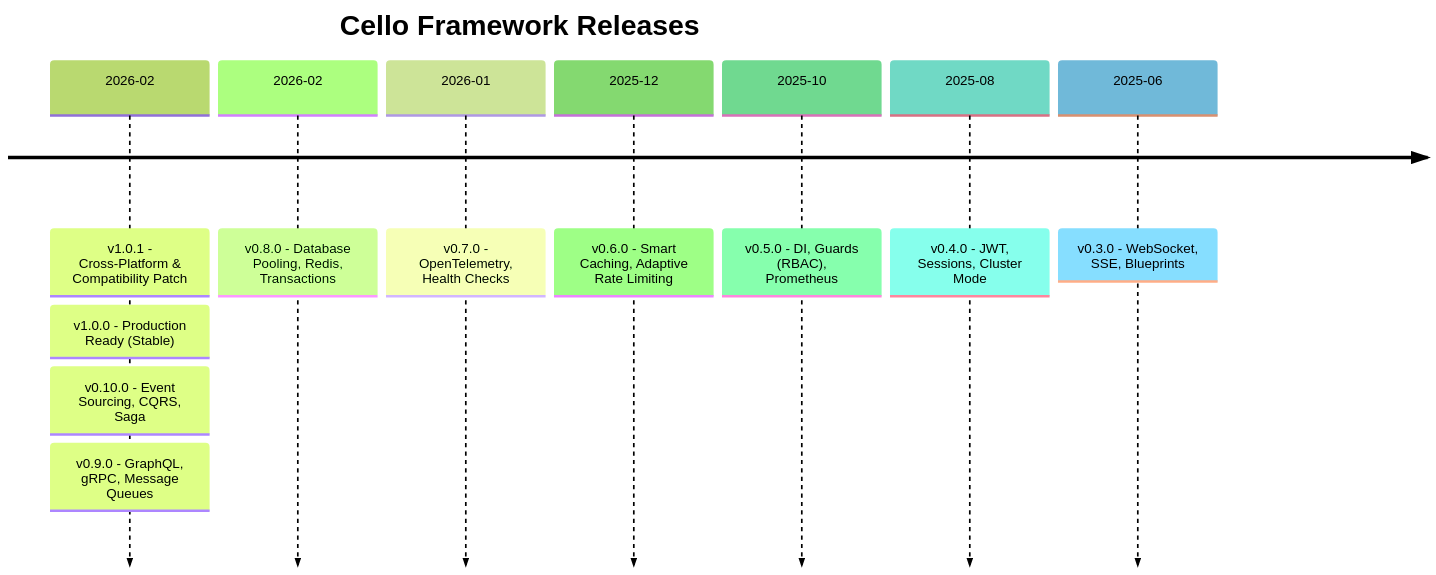
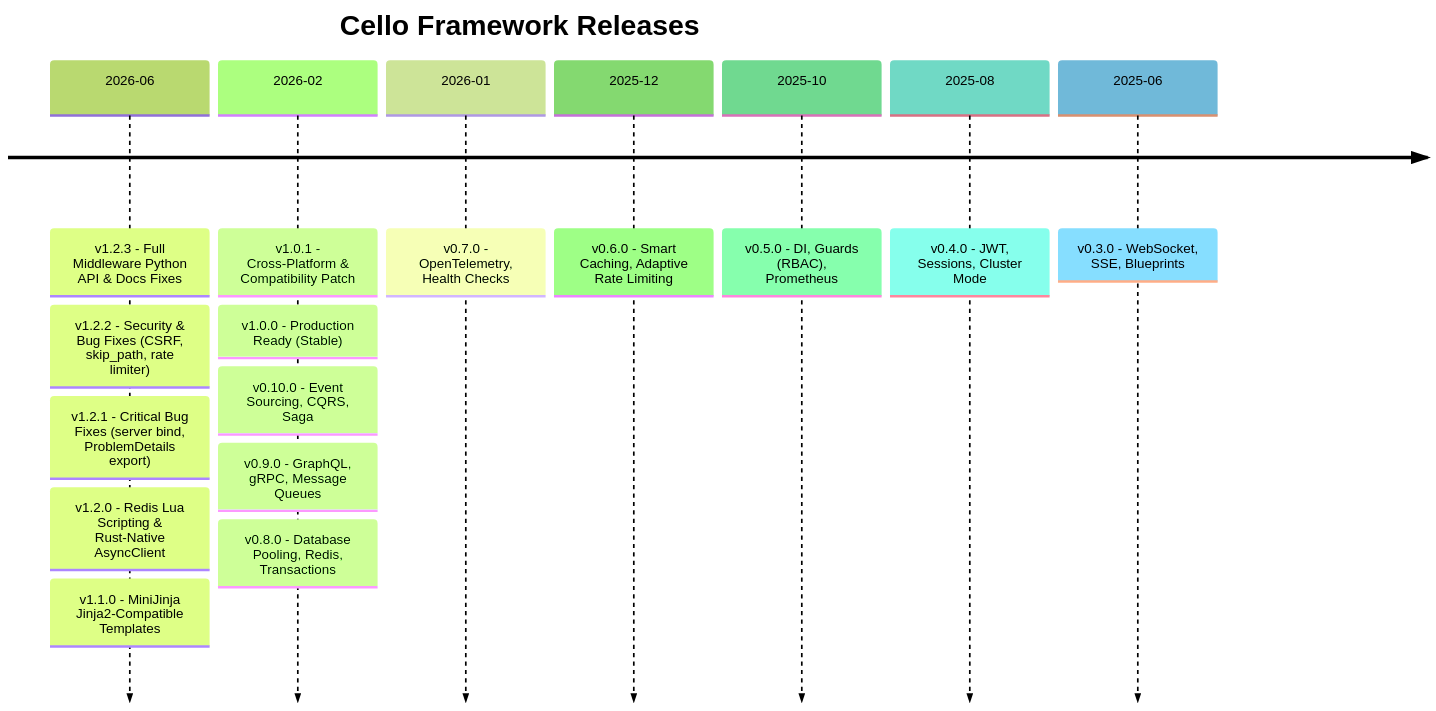
One commit to JERRIX/cello changed the diagram in docs/releases/index.md. Above: the diagram before and after it, drawn with Mermaid (forest theme). The commit also changed other lines of this file, not shown here.

````diff
--- a/docs/releases/index.md
+++ b/docs/releases/index.md
@@ -39,14 +36,19 @@
 ```mermaid
 timeline
     title Cello Framework Releases
+    2026-06 : v1.2.3 - Full Middleware Python API & Docs Fixes
+            : v1.2.2 - Security & Bug Fixes (CSRF, skip_path, rate limiter)
+            : v1.2.1 - Critical Bug Fixes (server bind, ProblemDetails export)
+            : v1.2.0 - Redis Lua Scripting & Rust-Native AsyncClient
+            : v1.1.0 - MiniJinja Jinja2-Compatible Templates
     2026-02 : v1.0.1 - Cross-Platform & Compatibility Patch
-           : v1.0.0 - Production Ready (Stable)
-           : v0.10.0 - Event Sourcing, CQRS, Saga
-           : v0.9.0 - GraphQL, gRPC, Message Queues
-    2026-02 : v0.8.0 - Database Pooling, Redis, Transactions
+            : v1.0.0 - Production Ready (Stable)
+            : v0.10.0 - Event Sourcing, CQRS, Saga
+            : v0.9.0 - GraphQL, gRPC, Message Queues
+            : v0.8.0 - Database Pooling, Redis, Transactions
     2026-01 : v0.7.0 - OpenTelemetry, Health Checks
     2025-12 : v0.6.0 - Smart Caching, Adaptive Rate Limiting
     2025-10 : v0.5.0 - DI, Guards (RBAC), Prometheus
     2025-08 : v0.4.0 - JWT, Sessions, Cluster Mode
     2025-06 : v0.3.0 - WebSocket, SSE, Blueprints
 ```
````
